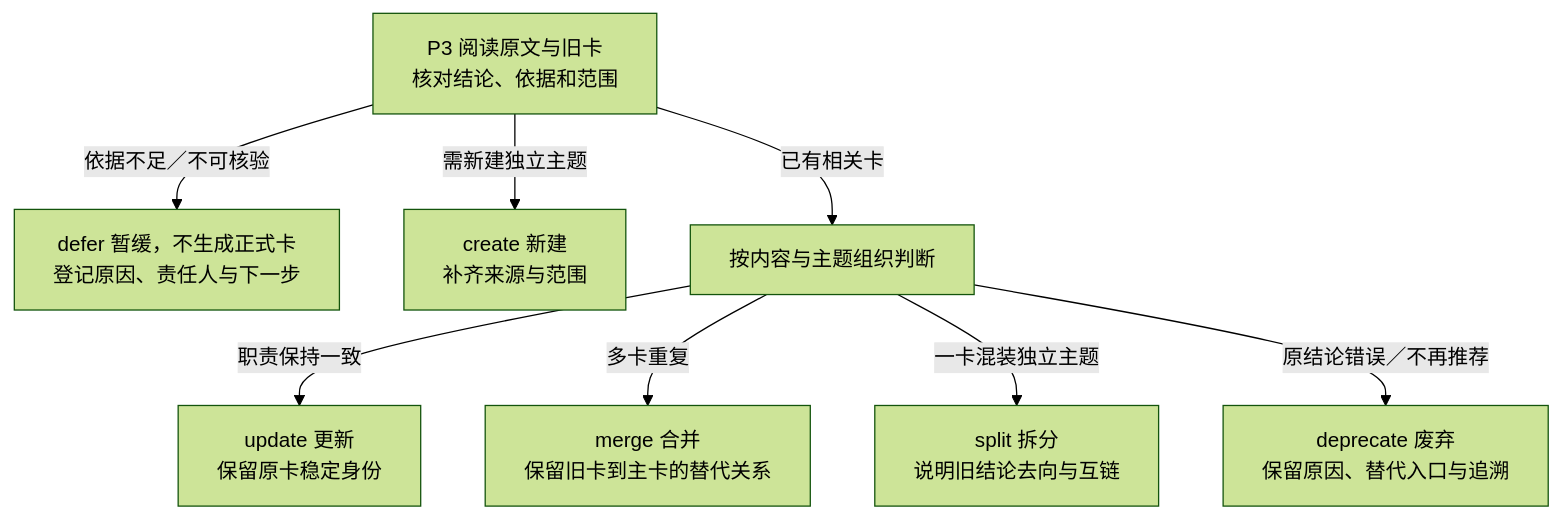
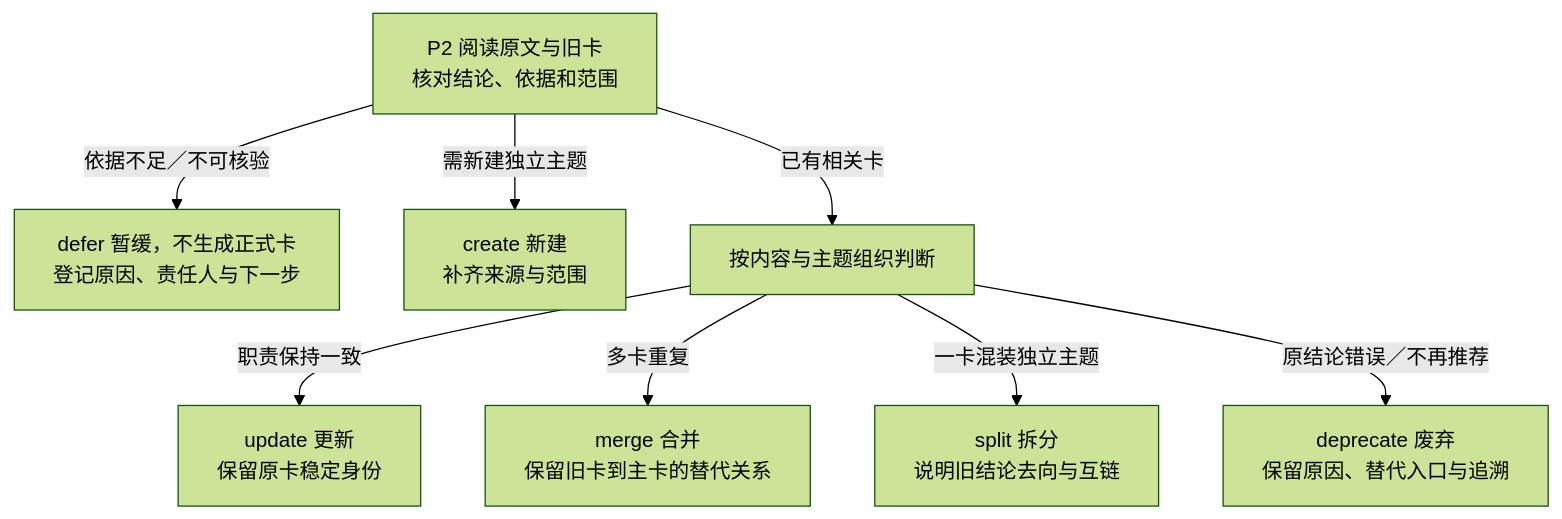
Before and after one commit to Robin-hhc/FactumCore: the fifth of 27 diagrams in himate/himate-knowledge-wifi-mp/docs-llm-wiki/知识库详细设计.md, drawn with Mermaid (forest theme). The commit also changed other lines of this file and 190 other files, not shown here.

````diff
--- a/himate/himate-knowledge-wifi-mp/docs-llm-wiki/知识库详细设计.md
+++ b/himate/himate-knowledge-wifi-mp/docs-llm-wiki/知识库详细设计.md
@@ -213,10 +212,10 @@
 ```mermaid
 flowchart TD
-    READ["P3 阅读原文与旧卡<br/>核对结论、依据和范围"] -->|"依据不足／不可核验"| DEFER["defer 暂缓，不生成正式卡<br/>登记原因、责任人与下一步"]
+    READ["P2 阅读原文与旧卡<br/>核对结论、依据和范围"] -->|"依据不足／不可核验"| DEFER["defer 暂缓，不生成正式卡<br/>登记原因、责任人与下一步"]
     READ -->|"需新建独立主题"| CREATE["create 新建<br/>补齐来源与范围"]
     READ -->|"已有相关卡"| CARD["按内容与主题组织判断"]
     CARD -->|"职责保持一致"| UPDATE["update 更新<br/>保留原卡稳定身份"]
     CARD -->|"多卡重复"| MERGE["merge 合并<br/>保留旧卡到主卡的替代关系"]
     CARD -->|"一卡混装独立主题"| SPLIT["split 拆分<br/>说明旧结论去向与互链"]
     CARD -->|"原结论错误／不再推荐"| DEPRECATE["deprecate 废弃<br/>保留原因、替代入口与追溯"]
 ```
````
